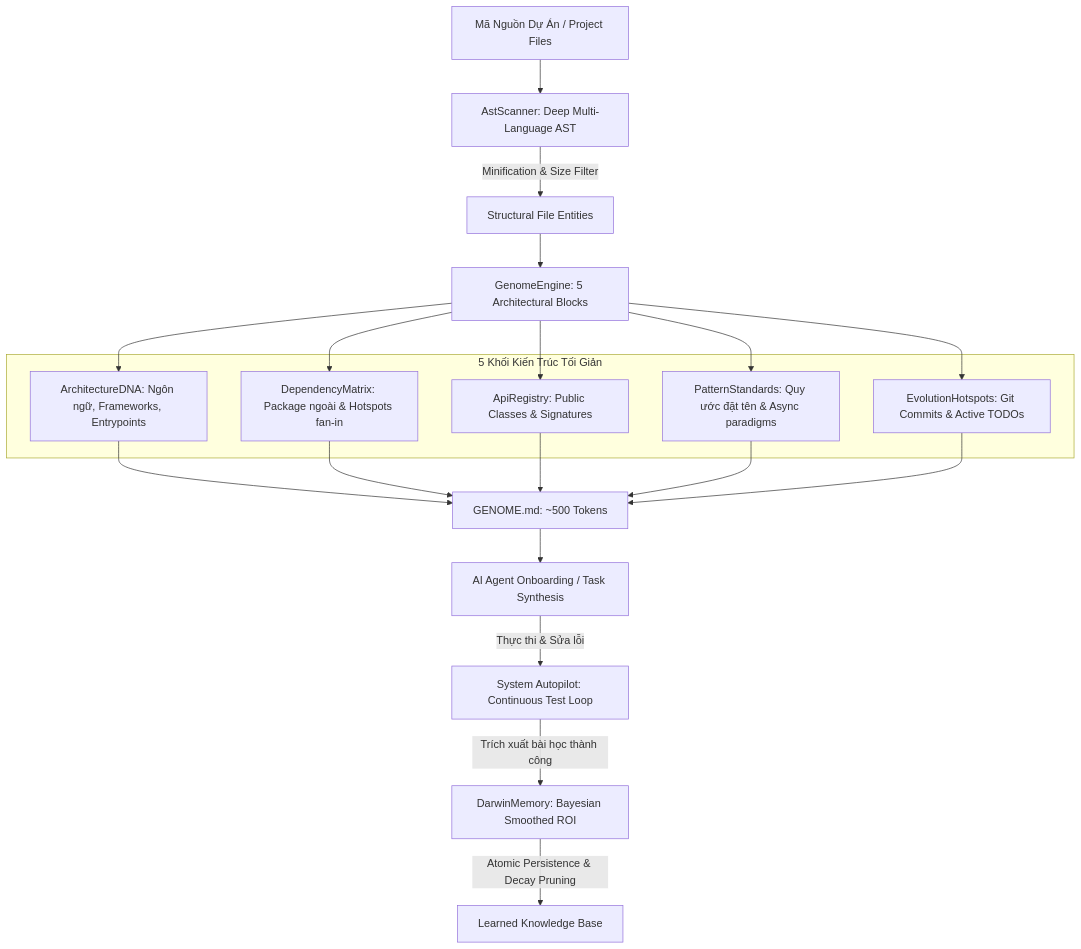
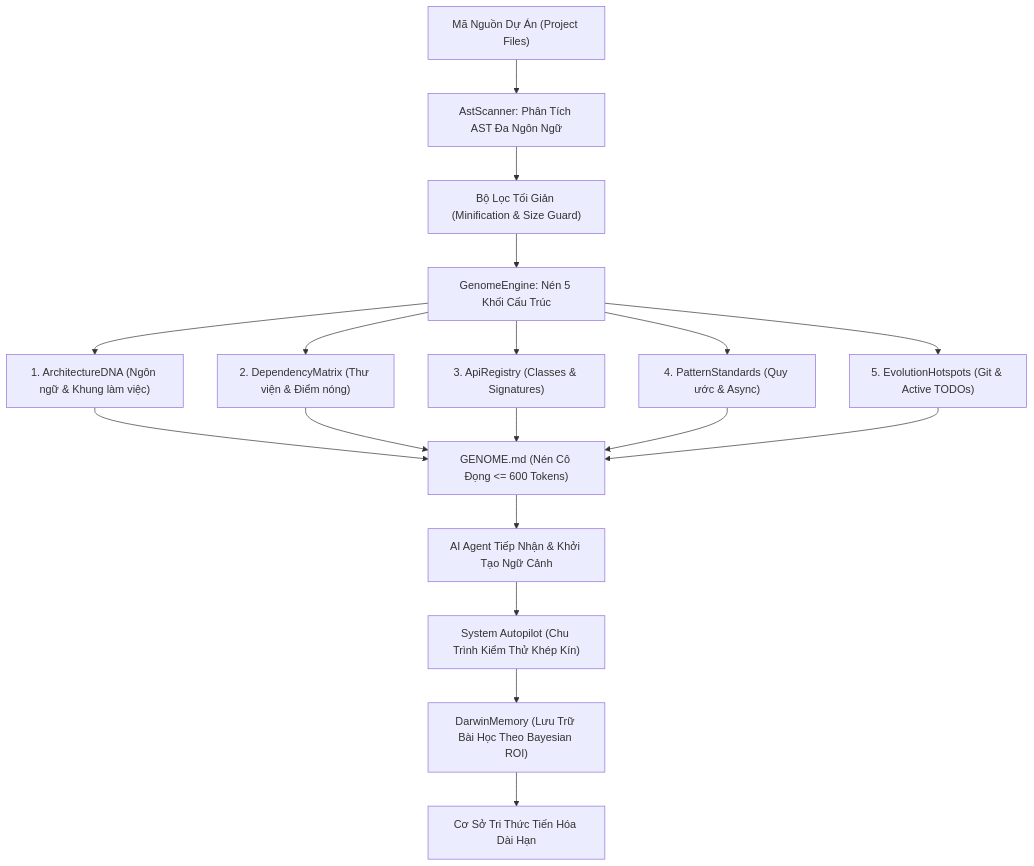
Before and after one commit to LoveCookieee-java/CookieGli: the diagram in README.md, drawn with Mermaid.

Commit message:
fix(docs): fix Mermaid diagram syntax to prevent infinite loading on GitHub

````diff
--- a/README.md
+++ b/README.md
@@ -47,22 +47,23 @@
 ```mermaid
-graph TD
-    A[Mã Nguồn Dự Án / Project Files] --> B[AstScanner: Deep Multi-Language AST]
-    B -->|Minification & Size Filter| C[Structural File Entities]
-    C --> D[GenomeEngine: 5 Architectural Blocks]
+flowchart TD
+    A["Mã Nguồn Dự Án (Project Files)"] --> B["AstScanner: Phân Tích AST Đa Ngôn Ngữ"]
+    B --> C["Bộ Lọc Tối Giản (Minification & Size Guard)"]
+    C --> D["GenomeEngine: Nén 5 Khối Cấu Trúc"]
     
-    subgraph GENOME_BLOCKS [5 Khối Kiến Trúc Tối Giản]
-        D1[ArchitectureDNA: Ngôn ngữ, Frameworks, Entrypoints]
-        D2[DependencyMatrix: Package ngoài & Hotspots fan-in]
-        D3[ApiRegistry: Public Classes & Signatures]
-        D4[PatternStandards: Quy ước đặt tên & Async paradigms]
-        D5[EvolutionHotspots: Git Commits & Active TODOs]
-    end
+    D --> D1["1. ArchitectureDNA (Ngôn ngữ & Khung làm việc)"]
+    D --> D2["2. DependencyMatrix (Thư viện & Điểm nóng)"]
+    D --> D3["3. ApiRegistry (Classes & Signatures)"]
+    D --> D4["4. PatternStandards (Quy ước & Async)"]
+    D --> D5["5. EvolutionHotspots (Git & Active TODOs)"]
     
-    D --> D1 & D2 & D3 & D4 & D5
-    D1 & D2 & D3 & D4 & D5 --> E[GENOME.md: ~500 Tokens]
+    D1 --> E["GENOME.md (Nén Cô Đọng <= 600 Tokens)"]
+    D2 --> E
+    D3 --> E
+    D4 --> E
+    D5 --> E
     
-    E --> F[AI Agent Onboarding / Task Synthesis]
-    F -->|Thực thi & Sửa lỗi| G[System Autopilot: Continuous Test Loop]
-    G -->|Trích xuất bài học thành công| H[DarwinMemory: Bayesian Smoothed ROI]
-    H -->|Atomic Persistence & Decay Pruning| I[Learned Knowledge Base]
+    E --> F["AI Agent Tiếp Nhận & Khởi Tạo Ngữ Cảnh"]
+    F --> G["System Autopilot (Chu Trình Kiểm Thử Khép Kín)"]
+    G --> H["DarwinMemory (Lưu Trữ Bài Học Theo Bayesian ROI)"]
+    H --> I["Cơ Sở Tri Thức Tiến Hóa Dài Hạn"]
 ```
````
